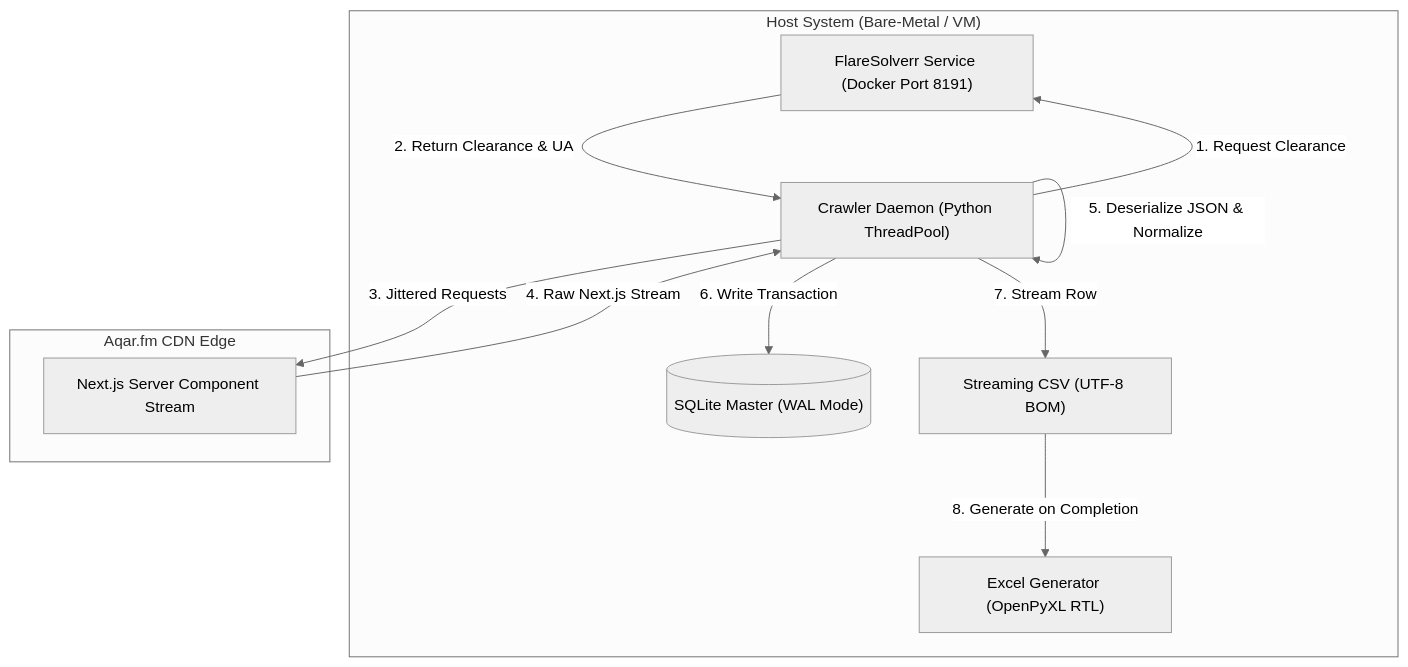
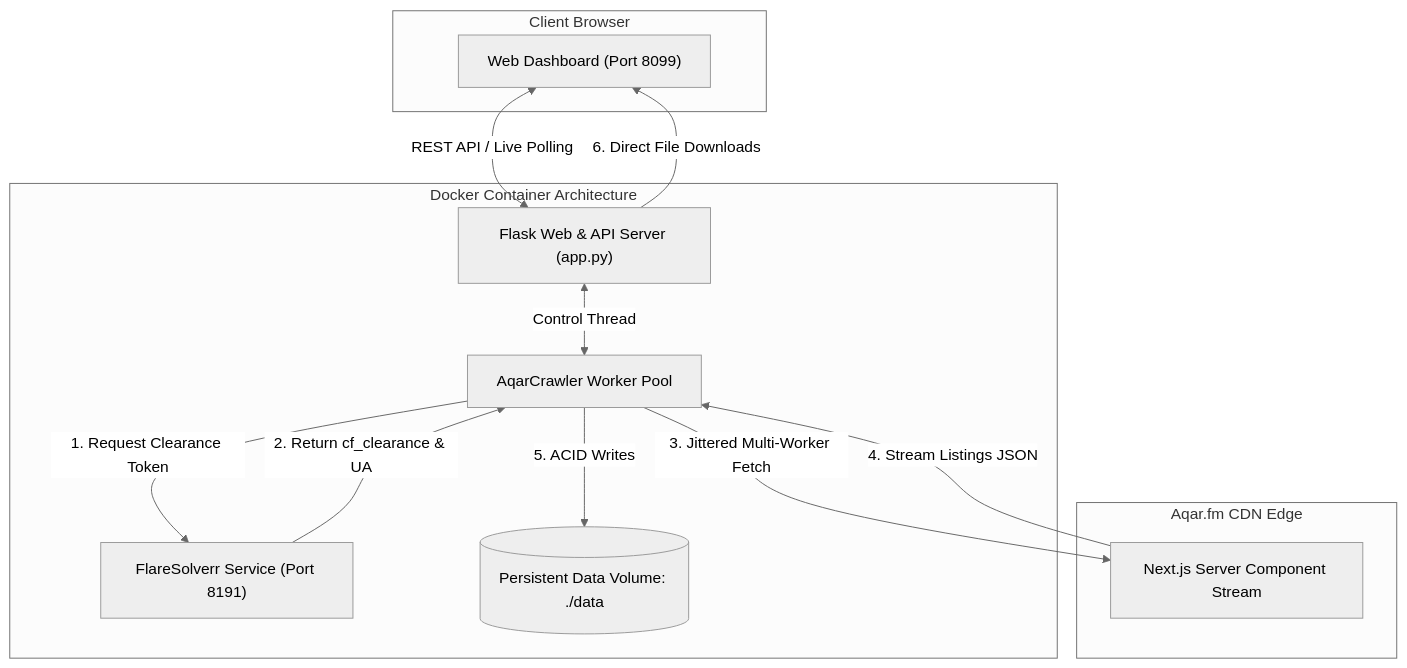
The first of 2 diagrams in README.md (iHosam/ScrapeDatAqar), drawn with Mermaid (neutral theme) before and after one commit. The commit also changed other lines of this file and 8 other files, not shown here.

Commit message:
feat: release v2.0.1 with Docker containerization, web UI on port 8099, readiness monitor, and artifact downloads

````diff
--- a/README.md
+++ b/README.md
@@ -13,23 +27,26 @@
 ```mermaid
 flowchart TD
-    subgraph Host ["Host System (Bare-Metal / VM)"]
-        FS["FlareSolverr Service (Docker Port 8191)"]
-        Crawler["Crawler Daemon (Python ThreadPool)"]
-        WAL[("SQLite Master (WAL Mode)")]
-        CSVFile["Streaming CSV (UTF-8 BOM)"]
-        Excel["Excel Generator (OpenPyXL RTL)"]
+    subgraph Client ["Client Browser"]
+        UI["Web Dashboard (Port 8099)"]
     end
 
-    subgraph AqarTarget ["Aqar.fm CDN Edge"]
-        TargetAPI["Next.js Server Component Stream"]
+    subgraph DockerEnv ["Docker Container Architecture"]
+        WebServer["Flask Web & API Server (app.py)"]
+        CrawlerDaemon["AqarCrawler Worker Pool"]
+        FSContainer["FlareSolverr Service (Port 8191)"]
+        VolData[("Persistent Data Volume: ./data")]
     end
 
-    Crawler -->|"1. Request Clearance"| FS
-    FS -->|"2. Return Clearance & UA"| Crawler
-    Crawler -->|"3. Jittered Requests"| TargetAPI
-    TargetAPI -->|"4. Raw Next.js Stream"| Crawler
-    Crawler -->|"5. Deserialize JSON & Normalize"| Crawler
-    Crawler -->|"6. Write Transaction"| WAL
-    Crawler -->|"7. Stream Row"| CSVFile
-    CSVFile -->|"8. Generate on Completion"| Excel
+    subgraph AqarCDN ["Aqar.fm CDN Edge"]
+        NextStream["Next.js Server Component Stream"]
+    end
+
+    UI <-->|"REST API / Live Polling"| WebServer
+    WebServer <-->|"Control Thread"| CrawlerDaemon
+    CrawlerDaemon -->|"1. Request Clearance Token"| FSContainer
+    FSContainer -->|"2. Return cf_clearance & UA"| CrawlerDaemon
+    CrawlerDaemon -->|"3. Jittered Multi-Worker Fetch"| NextStream
+    NextStream -->|"4. Stream Listings JSON"| CrawlerDaemon
+    CrawlerDaemon -->|"5. ACID Writes"| VolData
+    WebServer -->|"6. Direct File Downloads"| UI
 ```
````
